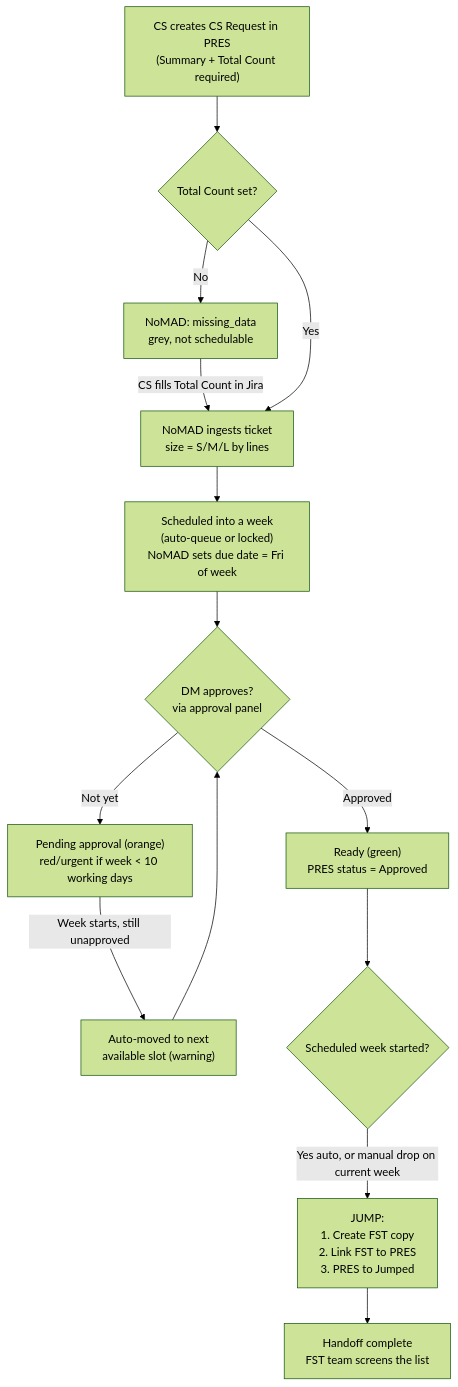
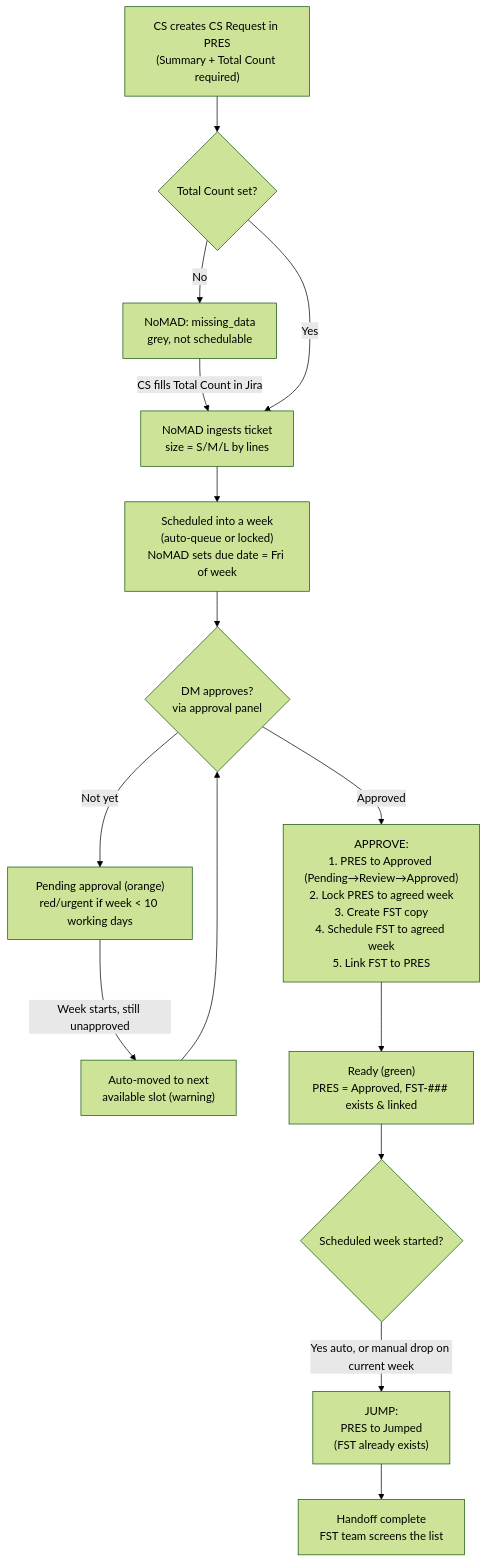
One commit to yoram-besteman-prewave/pw-nomad-app changed the diagram in docs/PRES_TICKET_LIFECYCLE.md. Above: the diagram before and after it, drawn with Mermaid (forest theme). The commit also changed other lines of this file and 3 other files, not shown here.

First line of the commit message:
feat(approve): create+schedule+link FST and lock PRES at approval time

````diff
--- a/docs/PRES_TICKET_LIFECYCLE.md
+++ b/docs/PRES_TICKET_LIFECYCLE.md
@@ -133,16 +147,17 @@
 ```mermaid
 flowchart TD
     A["CS creates CS Request in PRES<br/>(Summary + Total Count required)"] --> B{Total Count set?}
     B -->|No| B1["NoMAD: missing_data<br/>grey, not schedulable"]
     B1 -->|CS fills Total Count in Jira| C
     B -->|Yes| C["NoMAD ingests ticket<br/>size = S/M/L by lines"]
     C --> D["Scheduled into a week<br/>(auto-queue or locked)<br/>NoMAD sets due date = Fri of week"]
     D --> E{DM approves?<br/>via approval panel}
     E -->|Not yet| F["Pending approval (orange)<br/>red/urgent if week < 10 working days"]
     F -->|Week starts, still unapproved| G["Auto-moved to next<br/>available slot (warning)"]
     G --> E
-    E -->|Approved| H["Ready (green)<br/>PRES status = Approved"]
-    H --> I{Scheduled week started?}
-    I -->|Yes auto, or manual drop on current week| J["JUMP:<br/>1. Create FST copy<br/>2. Link FST to PRES<br/>3. PRES to Jumped"]
+    E -->|Approved| H["APPROVE:<br/>1. PRES to Approved (Pending→Review→Approved)<br/>2. Lock PRES to agreed week<br/>3. Create FST copy<br/>4. Schedule FST to agreed week<br/>5. Link FST to PRES"]
+    H --> H2["Ready (green)<br/>PRES = Approved, FST-### exists & linked"]
+    H2 --> I{Scheduled week started?}
+    I -->|Yes auto, or manual drop on current week| J["JUMP:<br/>PRES to Jumped<br/>(FST already exists)"]
     J --> K["Handoff complete<br/>FST team screens the list"]
 ```
````
